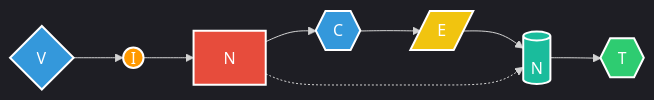
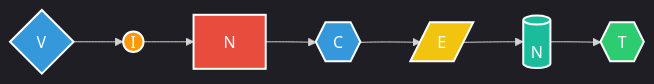
The diagram in README.md (tripledoublev/tripledoublev), drawn with Mermaid before and after one commit.

````diff
--- a/README.md
+++ b/README.md
@@ -2,24 +2,22 @@
 ```mermaid
 %%{init: {'theme': 'dark', 'themeVariables': { 'darkMode': true, 'background': 'rgb(13, 17, 23)' }}}%%
 
 graph LR
     %% Defining different node styles with various shapes and colors
     classDef roundStyle fill:#FF9900,stroke:#FFF,stroke-width:2px,color:white,shape:circle
     classDef diamondStyle fill:#3498DB,stroke:#FFF,stroke-width:2px,color:white,shape:diamond
     classDef hexagonStyle fill:#2ECC71,stroke:#FFF,stroke-width:2px,color:white,shape:hexagon
     classDef rectStyle fill:#E74C3C,stroke:#FFF,stroke-width:2px,color:white,shape:rect
     classDef stadium fill:#9B59B6,stroke:#FFF,stroke-width:2px,color:white,shape:stadium
     classDef subroutine fill:#F1C40F,stroke:#FFF,stroke-width:2px,color:white,shape:subroutine
     classDef cylinderStyle fill:#1ABC9C,stroke:#FFF,stroke-width:2px,color:white,shape:hexagon
     
     %% Creating a node for each letter of "VINCENT"
     V{V}:::diamondStyle --> I((I)):::roundStyle
     I --> N[N]:::rectStyle
     N --> C{{C}}:::diamondStyle
     C --> E[/E/]:::subroutine
     E --> N2[(N)]:::cylinderStyle
     N2 --> T{{T}}:::hexagonStyle
-    
-    %% Adding just one diagonal connection
-    N -.-> N2
+
 ```
````
